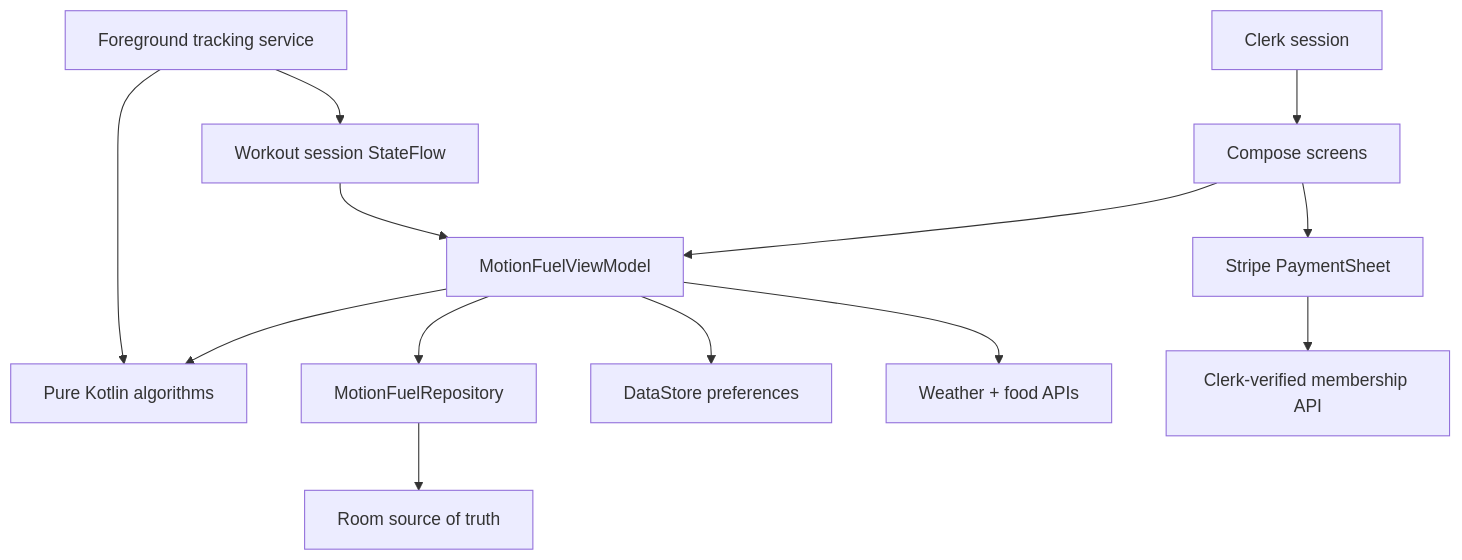
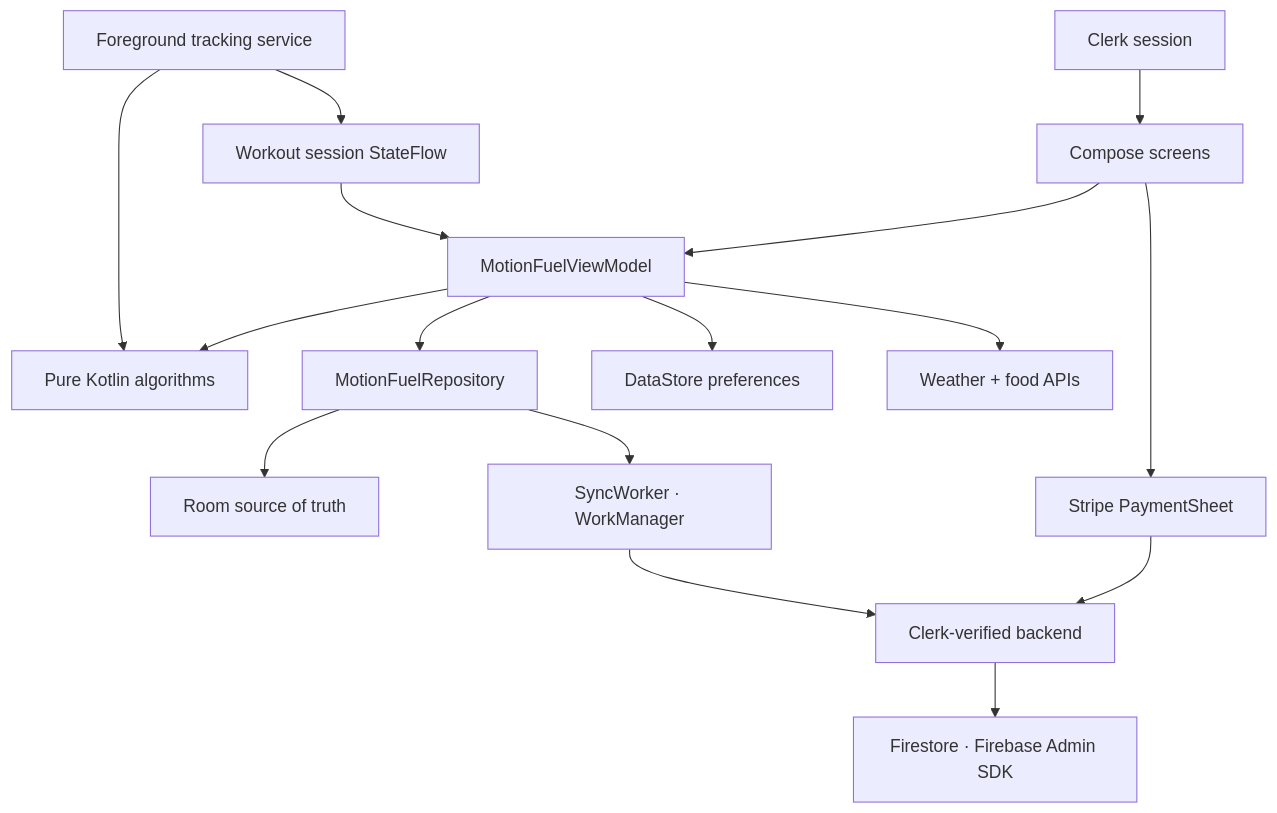
Before and after one commit to ronitgandhi17/MotionFuel: the diagram in README.md, drawn with Mermaid. The commit also changed other lines of this file and 25 other files, not shown here.

First line of the commit message:
Remove demo data and add Firestore cloud sync via backend gateway

````diff
--- a/README.md
+++ b/README.md
@@ -69,15 +67,18 @@
 ```mermaid
 flowchart TD
     Clerk["Clerk session"] --> UI["Compose screens"]
     UI --> VM["MotionFuelViewModel"]
     VM --> Domain["Pure Kotlin algorithms"]
     VM --> Repo["MotionFuelRepository"]
     Service["Foreground tracking service"] --> Domain
     Service --> Session["Workout session StateFlow"]
     Session --> VM
     Repo --> Room["Room source of truth"]
+    Repo --> Sync["SyncWorker · WorkManager"]
     VM --> DataStore["DataStore preferences"]
     VM --> APIs["Weather + food APIs"]
     UI --> Stripe["Stripe PaymentSheet"]
-    Stripe --> Billing["Clerk-verified membership API"]
+    Stripe --> Backend["Clerk-verified backend"]
+    Sync --> Backend
+    Backend --> Firestore["Firestore · Firebase Admin SDK"]
 ```
````
